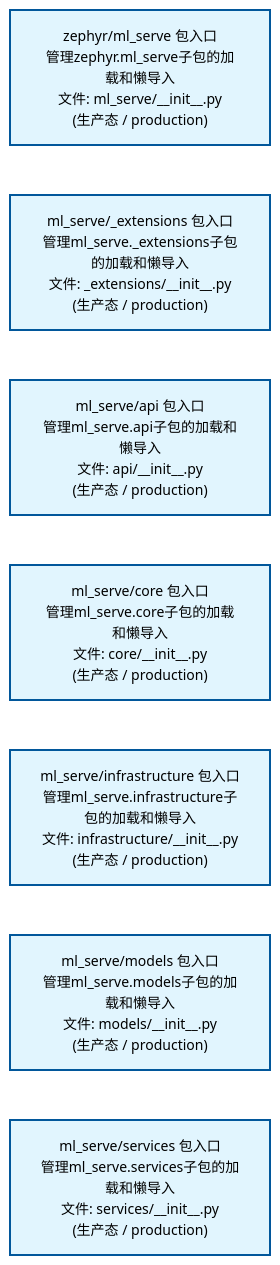
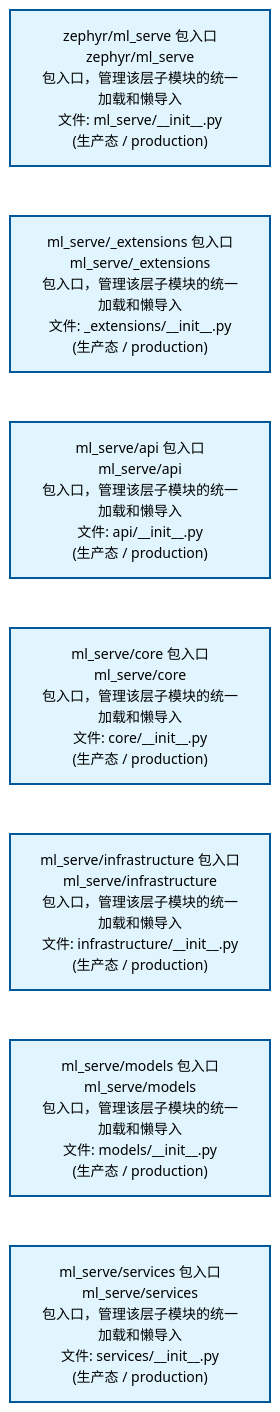
One commit to xuanFelixVan/ZephyrAlpha changed the first of 2 diagrams in docs/02_enterprise_architecture/02_domain_architecture_docs/60_d_ml_serve.md. Above: the diagram before and after it, drawn with Mermaid. The commit also changed other lines of this file and 58 other files, not shown here.

````diff
--- a/docs/02_enterprise_architecture/02_domain_architecture_docs/60_d_ml_serve.md
+++ b/docs/02_enterprise_architecture/02_domain_architecture_docs/60_d_ml_serve.md
@@ -53,22 +53,22 @@
 ```mermaid
 %%{init: {'theme': 'base', 'themeVariables': {'primaryColor': '#eaeaea', 'primaryTextColor': '#333333', 'primaryBorderColor': '#666666', 'lineColor': '#666666', 'secondaryColor': '#eaeaea', 'tertiaryColor': '#eaeaea', 'fontSize': '14px'}}}%%
 flowchart TD
-    src_zephyr_ml_serve_init_py["zephyr/ml_serve 包入口<br/>管理zephyr.ml_serve子包的加载和懒导入<br/>文件: ml_serve/__init__.py<br/>(生产态 / production)"]
-    src_zephyr_ml_serve_extensions_init_py["ml_serve/_extensions 包入口<br/>管理ml_serve._extensions子包的加载和懒导入<br/>文件: _extensions/__init__.py<br/>(生产态 / production)"]
-    src_zephyr_ml_serve_api_init_py["ml_serve/api 包入口<br/>管理ml_serve.api子包的加载和懒导入<br/>文件: api/__init__.py<br/>(生产态 / production)"]
-    src_zephyr_ml_serve_core_init_py["ml_serve/core 包入口<br/>管理ml_serve.core子包的加载和懒导入<br/>文件: core/__init__.py<br/>(生产态 / production)"]
-    src_zephyr_ml_serve_infrastructure_init_py["ml_serve/infrastructure 包入口<br/>管理ml_serve.infrastructure子包的加载和懒导入<br/>文件: infrastructure/__init__.py<br/>(生产态 / production)"]
-    src_zephyr_ml_serve_models_init_py["ml_serve/models 包入口<br/>管理ml_serve.models子包的加载和懒导入<br/>文件: models/__init__.py<br/>(生产态 / production)"]
-    src_zephyr_ml_serve_services_init_py["ml_serve/services 包入口<br/>管理ml_serve.services子包的加载和懒导入<br/>文件: services/__init__.py<br/>(生产态 / production)"]
+    src_zephyr_ml_serve_init_py["zephyr/ml_serve 包入口<br/>zephyr/ml_serve<br/>包入口，管理该层子模块的统一加载和懒导入<br/>文件: ml_serve/__init__.py<br/>(生产态 / production)"]
+    src_zephyr_ml_serve_extensions_init_py["ml_serve/_extensions 包入口<br/>ml_serve/_extensions<br/>包入口，管理该层子模块的统一加载和懒导入<br/>文件: _extensions/__init__.py<br/>(生产态 / production)"]
+    src_zephyr_ml_serve_api_init_py["ml_serve/api 包入口<br/>ml_serve/api<br/>包入口，管理该层子模块的统一加载和懒导入<br/>文件: api/__init__.py<br/>(生产态 / production)"]
+    src_zephyr_ml_serve_core_init_py["ml_serve/core 包入口<br/>ml_serve/core<br/>包入口，管理该层子模块的统一加载和懒导入<br/>文件: core/__init__.py<br/>(生产态 / production)"]
+    src_zephyr_ml_serve_infrastructure_init_py["ml_serve/infrastructure 包入口<br/>ml_serve/infrastructure<br/>包入口，管理该层子模块的统一加载和懒导入<br/>文件: infrastructure/__init__.py<br/>(生产态 / production)"]
+    src_zephyr_ml_serve_models_init_py["ml_serve/models 包入口<br/>ml_serve/models<br/>包入口，管理该层子模块的统一加载和懒导入<br/>文件: models/__init__.py<br/>(生产态 / production)"]
+    src_zephyr_ml_serve_services_init_py["ml_serve/services 包入口<br/>ml_serve/services<br/>包入口，管理该层子模块的统一加载和懒导入<br/>文件: services/__init__.py<br/>(生产态 / production)"]
     src_zephyr_ml_serve_init_py ~~~ src_zephyr_ml_serve_extensions_init_py
     src_zephyr_ml_serve_extensions_init_py ~~~ src_zephyr_ml_serve_api_init_py
     src_zephyr_ml_serve_api_init_py ~~~ src_zephyr_ml_serve_core_init_py
     src_zephyr_ml_serve_core_init_py ~~~ src_zephyr_ml_serve_infrastructure_init_py
     src_zephyr_ml_serve_infrastructure_init_py ~~~ src_zephyr_ml_serve_models_init_py
     src_zephyr_ml_serve_models_init_py ~~~ src_zephyr_ml_serve_services_init_py
     classDef production fill:#e1f5fe,stroke:#01579b,stroke-width:2px,color:#000
     classDef design fill:#fff3e0,stroke:#e65100,stroke-width:2px,color:#000,stroke-dasharray: 5 5
     classDef external_prod fill:#e8f4fd,stroke:#0277bd,stroke-width:1px,color:#000
     classDef external_design fill:#fff8e7,stroke:#ef6c00,stroke-width:1px,color:#000,stroke-dasharray: 5 5
     class src_zephyr_ml_serve_init_py,src_zephyr_ml_serve_extensions_init_py,src_zephyr_ml_serve_api_init_py,src_zephyr_ml_serve_core_init_py,src_zephyr_ml_serve_infrastructure_init_py,src_zephyr_ml_serve_models_init_py,src_zephyr_ml_serve_services_init_py production
 ```
````
